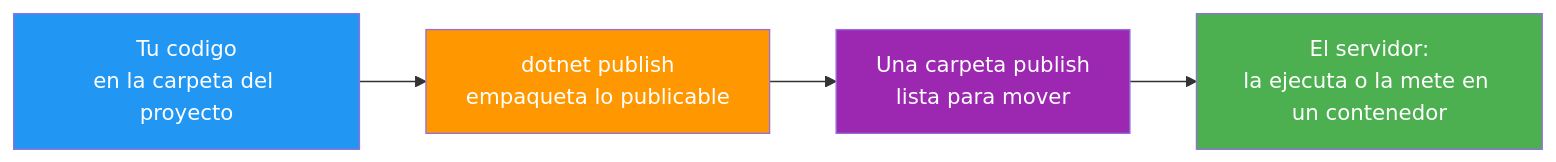
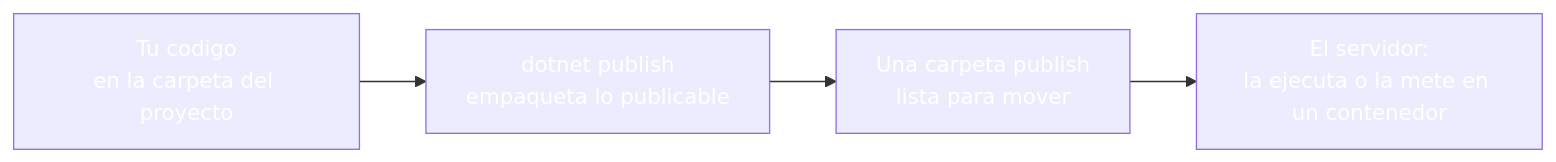
The first of 6 diagrams in 25-docker-despliegue.md (joseluisgs/DesarrolloWebEntornosServidor-03-2026-2027), drawn with Mermaid before and after one commit. The commit also changed other lines of this file and 30 other files, not shown here.

````diff
--- a/25-docker-despliegue.md
+++ b/25-docker-despliegue.md
@@ -49,10 +49,10 @@
 ```mermaid
 graph LR
     C["Tu codigo<br/>en la carpeta del proyecto"] --> P["dotnet publish<br/>empaqueta lo publicable"]
     P --> S["Una carpeta publish<br/>lista para mover"]
     S --> D["El servidor:<br/>la ejecuta o la mete en un contenedor"]
-    style C fill:#2196F3,color:#fff
-    style P fill:#FF9800,color:#fff
-    style S fill:#9C27B0,color:#fff
-    style D fill:#4CAF50,color:#fff
+    style C fill:#2196F,color:#fff3,color:#fff
+    style P fill:#FF980,color:#fff0,color:#fff
+    style S fill:#9C27B,color:#fff0,color:#fff
+    style D fill:#4CAF5,color:#fff0,color:#fff
 ```
````
